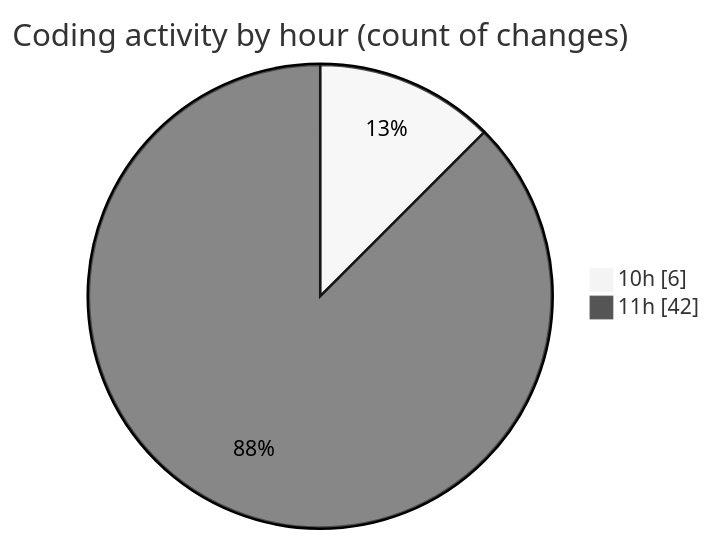
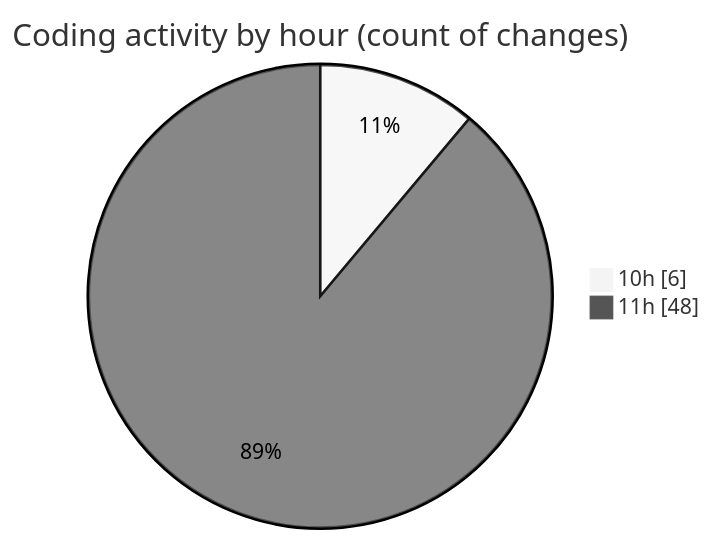
One commit to nxtqubesakshisongat/code-tracking changed the second of 2 diagrams in 2026-04-09/airfeed-analytics-dashboard/README.md. Above: the diagram before and after it, drawn with Mermaid (neutral theme). The commit also changed other lines of this file and 1 other file, not shown here.

````diff
--- a/2026-04-09/airfeed-analytics-dashboard/README.md
+++ b/2026-04-09/airfeed-analytics-dashboard/README.md
@@ -34,6 +34,6 @@
 ```mermaid
 pie showData
 title Coding activity by hour (count of changes)
 "10h" : 6
-"11h" : 42
+"11h" : 48
 ```
````
